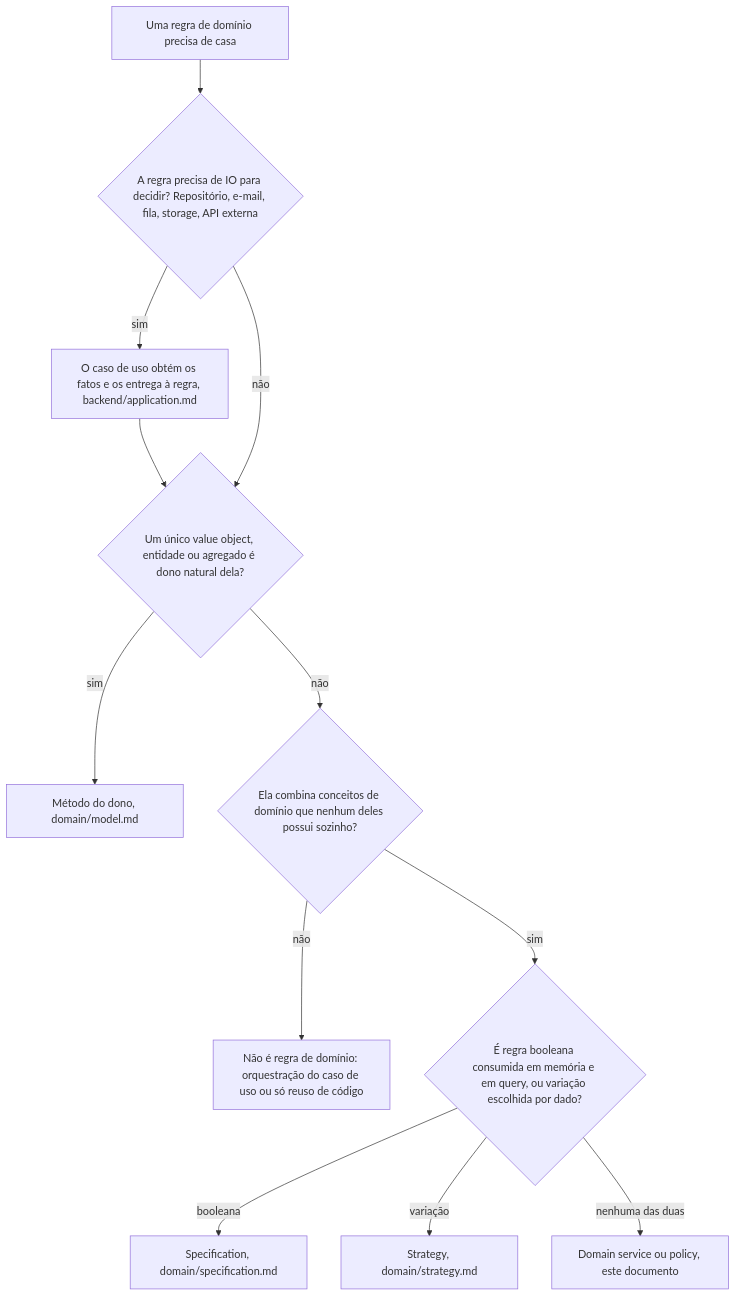
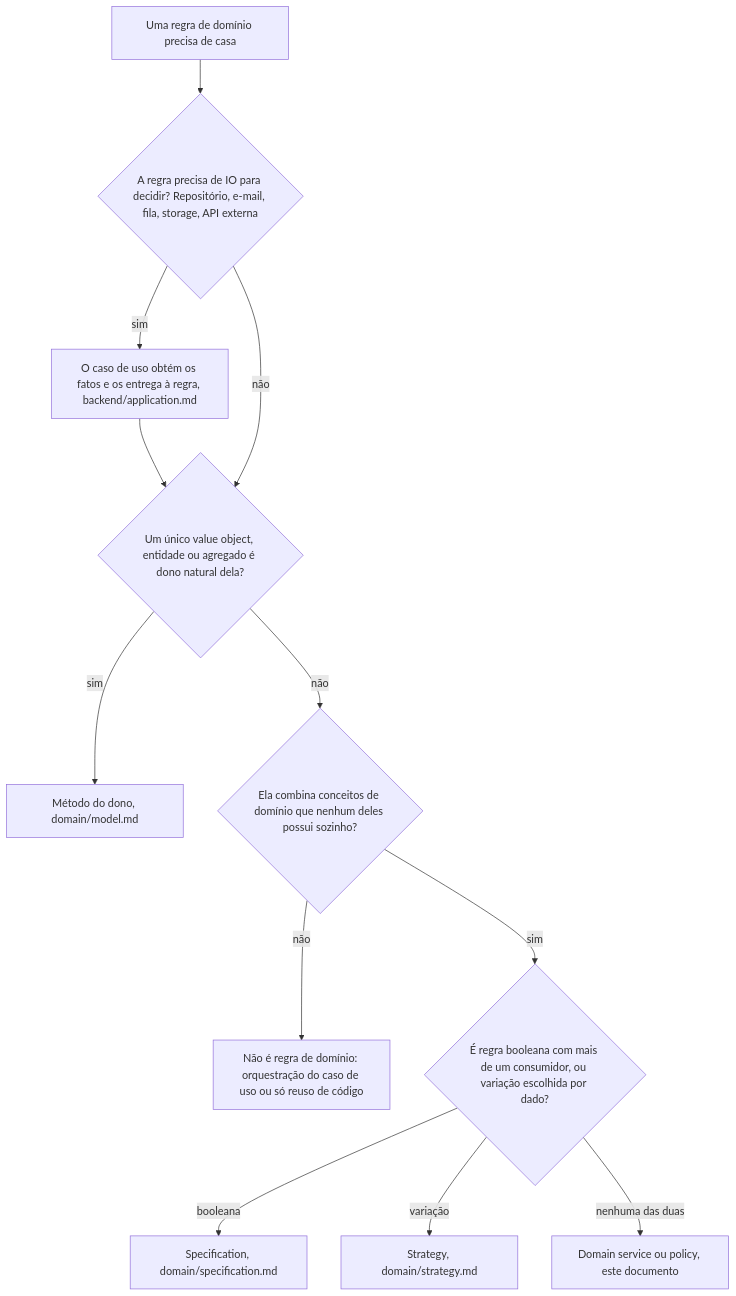
Before and after one commit to otonydesideri/metri: the diagram in architecture/domain/domain-services.md, drawn with Mermaid. The commit also changed other lines of this file and 27 other files, not shown here.

````diff
--- a/architecture/domain/domain-services.md
+++ b/architecture/domain/domain-services.md
@@ -28,14 +28,14 @@
 ```mermaid
 flowchart TD
     start[Uma regra de domínio precisa de casa] --> qio{A regra precisa de IO para decidir? Repositório, e-mail, fila, storage, API externa}
     qio -- sim --> app[O caso de uso obtém os fatos e os entrega à regra, backend/application.md]
     app --> qown
     qio -- não --> qown{Um único value object, entidade ou agregado é dono natural dela?}
     qown -- sim --> model[Método do dono, domain/model.md]
     qown -- não --> qcomb{Ela combina conceitos de domínio que nenhum deles possui sozinho?}
     qcomb -- não --> other[Não é regra de domínio: orquestração do caso de uso ou só reuso de código]
-    qcomb -- sim --> qpat{É regra booleana consumida em memória e em query, ou variação escolhida por dado?}
+    qcomb -- sim --> qpat{É regra booleana com mais de um consumidor, ou variação escolhida por dado?}
     qpat -- booleana --> spec[Specification, domain/specification.md]
     qpat -- variação --> strategy[Strategy, domain/strategy.md]
     qpat -- nenhuma das duas --> ds[Domain service ou policy, este documento]
 ```
````
